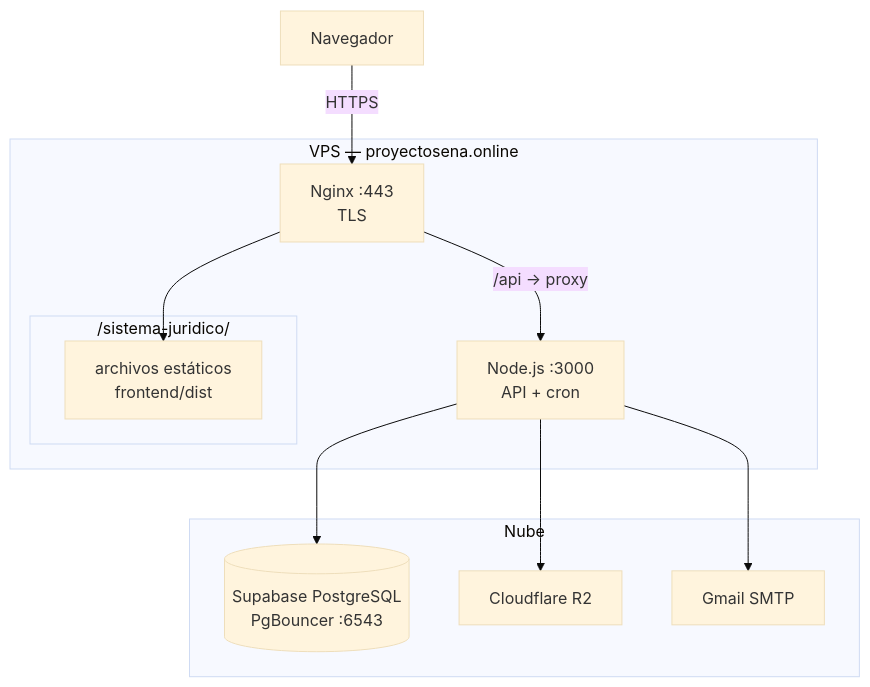
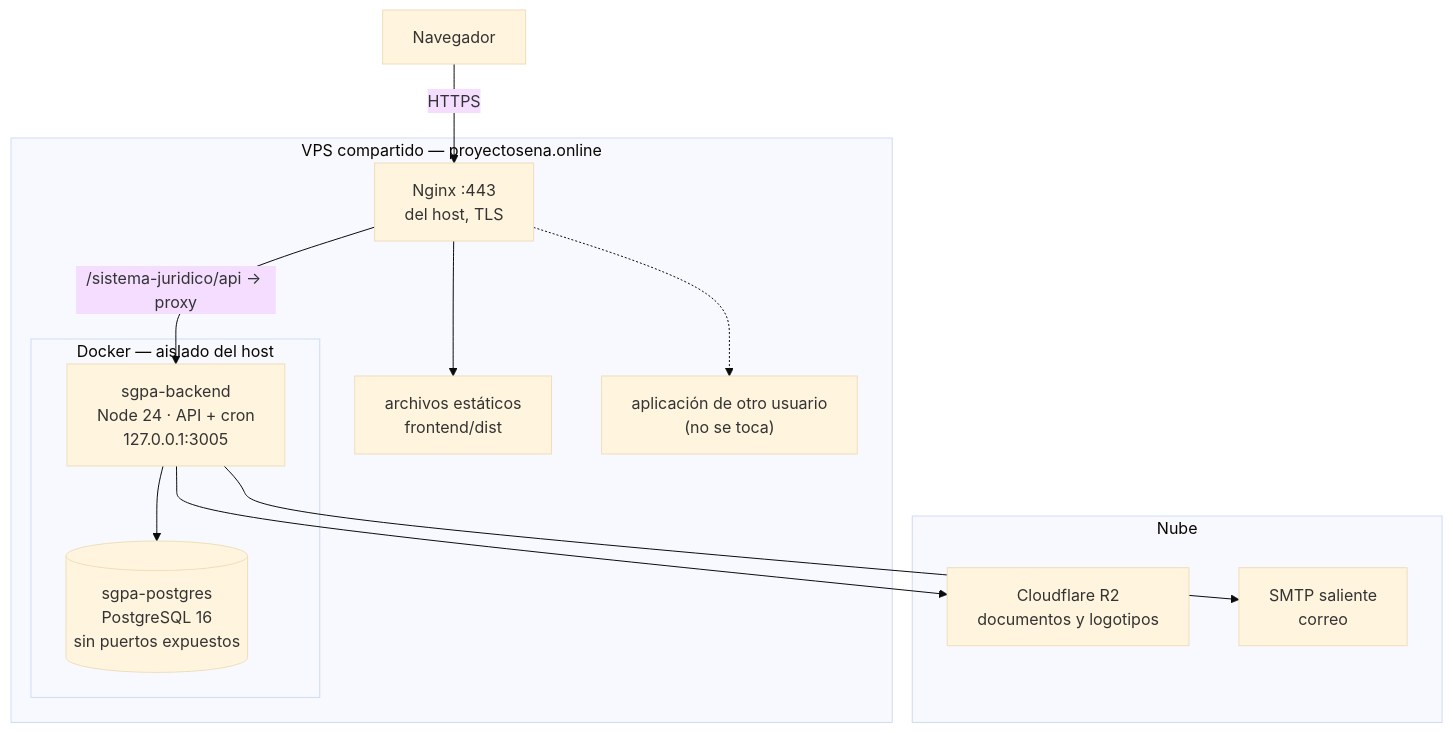
One commit to Aryannext/sistema-juridico changed the seventh of 7 diagrams in docs/01-ARQUITECTURA.md. Above: the diagram before and after it, drawn with Mermaid (base theme). The commit also changed other lines of this file and 8 other files, not shown here.

````diff
--- a/docs/01-ARQUITECTURA.md
+++ b/docs/01-ARQUITECTURA.md
@@ -361,21 +361,27 @@
 ```mermaid
 graph TB
-    subgraph "VPS — proyectosena.online"
-        NG["Nginx :443<br/>TLS"]
-        subgraph "/sistema-juridico/"
-            ST["archivos estáticos<br/>frontend/dist"]
+    U["Navegador"] -->|HTTPS| NG
+
+    subgraph VPS["VPS compartido — proyectosena.online"]
+        NG["Nginx :443<br/>del host, TLS"]
+        ST["archivos estáticos<br/>frontend/dist"]
+
+        subgraph DK["Docker — aislado del host"]
+            API["sgpa-backend<br/>Node 24 · API + cron<br/>127.0.0.1:3005"]
+            PGC[("sgpa-postgres<br/>PostgreSQL 16<br/>sin puertos expuestos")]
         end
-        NODE["Node.js :3000<br/>API + cron"]
+
+        OTRA["aplicación de otro usuario<br/>(no se toca)"]
     end
 
     subgraph "Nube"
-        SB[("Supabase PostgreSQL<br/>PgBouncer :6543")]
-        CF["Cloudflare R2"]
-        GM["Gmail SMTP"]
+        CF["Cloudflare R2<br/>documentos y logotipos"]
+        SMTP["SMTP saliente<br/>correo"]
     end
 
-    U["Navegador"] -->|HTTPS| NG
     NG --> ST
-    NG -->|"/api → proxy"| NODE
-    NODE --> SB & CF & GM
+    NG -->|"/sistema-juridico/api → proxy"| API
+    API --> PGC
+    API --> CF & SMTP
+    NG -.-> OTRA
 ```
````
